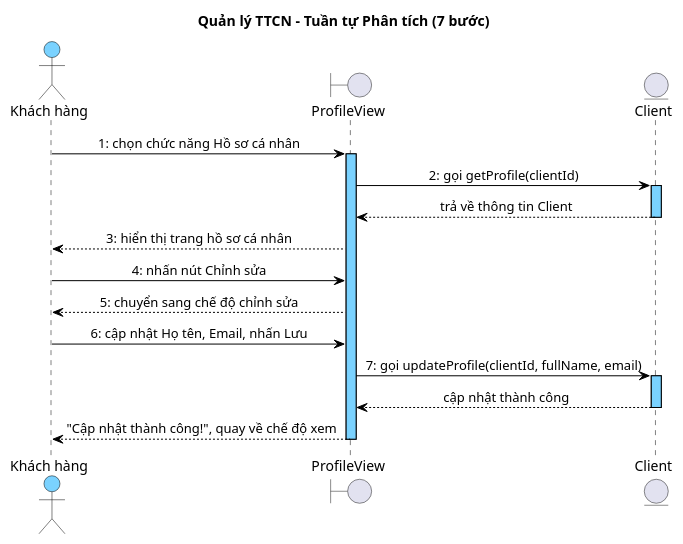
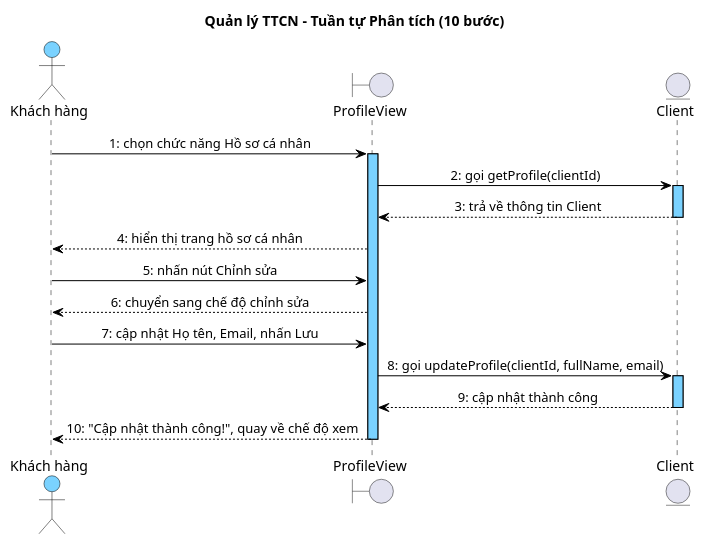
The sixth of 7 diagrams in docs/tabs/account/ii-analysis.md (thanhtrnnn/cnpm), drawn with PlantUML before and after one commit. The commit also changed other lines of this file and 19 other files, not shown here.

First line of the commit message:
fix: account sequence diagrams 1:1 step parity (II.4 + III.4) + 4.2 format

````diff
--- a/docs/tabs/account/ii-analysis.md
+++ b/docs/tabs/account/ii-analysis.md
@@ -609,46 +621,46 @@
 ```plantuml
 @startuml
 skinparam shadowing false
 skinparam SequenceMessageAlign left
 skinparam sequenceMessageAlign center
 skinparam sequenceArrowThickness 1
 skinparam sequenceLifeLineBorderColor #000000
 skinparam sequenceLifeLineBackgroundColor #7AD2FF
 skinparam sequenceParticipantBackgroundColor #7AD2FF
 skinparam sequenceParticipantBorderColor #000000
 skinparam sequenceParticipantFontColor #000000
 skinparam sequenceArrowColor #000000
 skinparam sequenceArrowFontColor #000000
 skinparam sequenceGroupBorderColor #000000
 skinparam sequenceGroupBackgroundColor #DDEEFF
 skinparam sequenceDividerBorderColor #000000
 skinparam sequenceDividerBackgroundColor #DDEEFF
 skinparam sequenceMessageFontColor #000000
 skinparam sequenceMessageFontSize 10
 skinparam sequenceActorBorderColor #000000
 skinparam sequenceActorBackgroundColor #7AD2FF
 skinparam sequenceActorFontColor #000000
-title Quản lý TTCN – Tuần tự Phân tích (7 bước)
+title Quản lý TTCN – Tuần tự Phân tích (10 bước)
 
 actor "Khách hàng" as Actor
 boundary ProfileView as B1
 entity Client as E1
 
 Actor -> B1 : 1: chọn chức năng Hồ sơ cá nhân
 activate B1
 B1 -> E1 : 2: gọi getProfile(clientId)
 activate E1
-E1 --> B1 : trả về thông tin Client
+E1 --> B1 : 3: trả về thông tin Client
 deactivate E1
-B1 --> Actor : 3: hiển thị trang hồ sơ cá nhân
-Actor -> B1 : 4: nhấn nút Chỉnh sửa
-B1 --> Actor : 5: chuyển sang chế độ chỉnh sửa
-Actor -> B1 : 6: cập nhật Họ tên, Email, nhấn Lưu
-B1 -> E1 : 7: gọi updateProfile(clientId, fullName, email)
+B1 --> Actor : 4: hiển thị trang hồ sơ cá nhân
+Actor -> B1 : 5: nhấn nút Chỉnh sửa
+B1 --> Actor : 6: chuyển sang chế độ chỉnh sửa
+Actor -> B1 : 7: cập nhật Họ tên, Email, nhấn Lưu
+B1 -> E1 : 8: gọi updateProfile(clientId, fullName, email)
 activate E1
-E1 --> B1 : cập nhật thành công
+E1 --> B1 : 9: cập nhật thành công
 deactivate E1
-B1 --> Actor : "Cập nhật thành công!", quay về chế độ xem
+B1 --> Actor : 10: "Cập nhật thành công!", quay về chế độ xem
 deactivate B1
 @enduml
 ```
````
